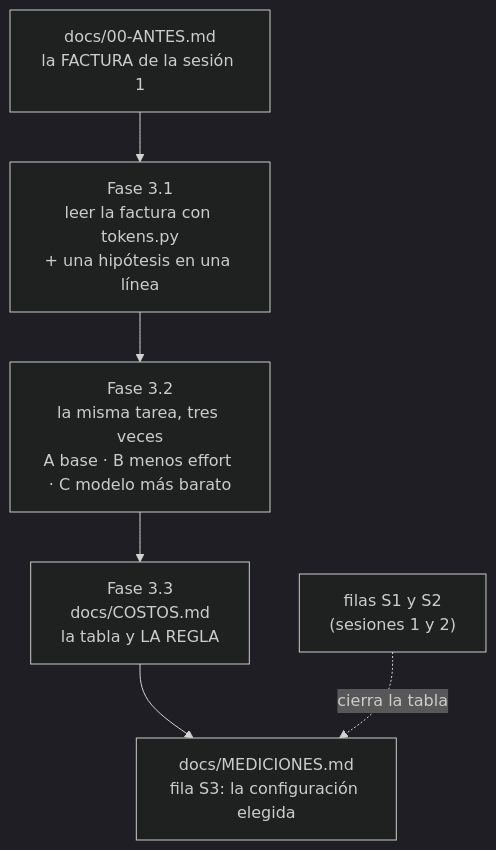
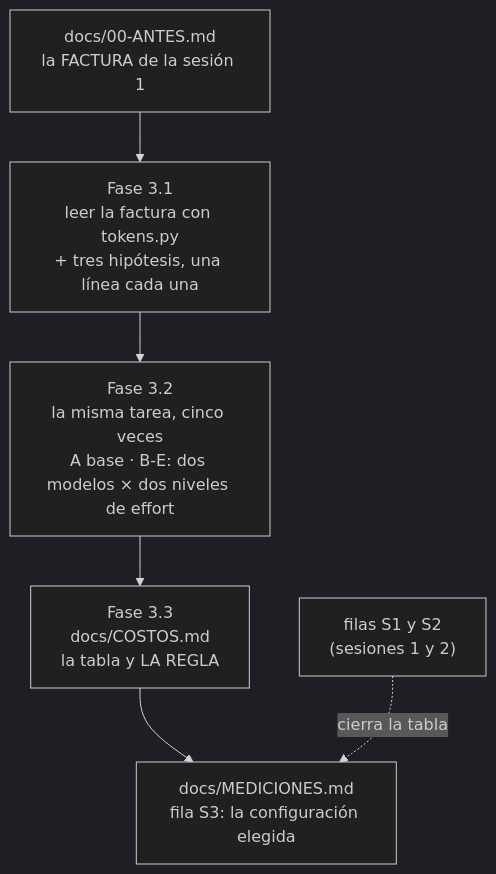
One commit to growlearnjo/merc_tech changed the diagram in doc_sesions/sesion3/Ed5_sesion3.md. Above: the diagram before and after it, drawn with Mermaid (dark theme). The commit also changed other lines of this file and 17 other files, not shown here.

````diff
--- a/doc_sesions/sesion3/Ed5_sesion3.md
+++ b/doc_sesions/sesion3/Ed5_sesion3.md
@@ -62,8 +62,8 @@
 ```mermaid
 flowchart TD
-    A["docs/00-ANTES.md<br/>la FACTURA de la sesión 1"] --> B["Fase 3.1<br/>leer la factura con tokens.py<br/>+ una hipótesis en una línea"]
-    B --> C["Fase 3.2<br/>la misma tarea, tres veces<br/>A base · B menos effort · C modelo más barato"]
+    A["docs/00-ANTES.md<br/>la FACTURA de la sesión 1"] --> B["Fase 3.1<br/>leer la factura con tokens.py<br/>+ tres hipótesis, una línea cada una"]
+    B --> C["Fase 3.2<br/>la misma tarea, cinco veces<br/>A base · B-E: dos modelos × dos niveles de effort"]
     C --> D["Fase 3.3<br/>docs/COSTOS.md<br/>la tabla y LA REGLA"]
     D --> E["docs/MEDICIONES.md<br/>fila S3: la configuración elegida"]
     F["filas S1 y S2<br/>(sesiones 1 y 2)"] -.cierra la tabla.-> E
 ```
````
